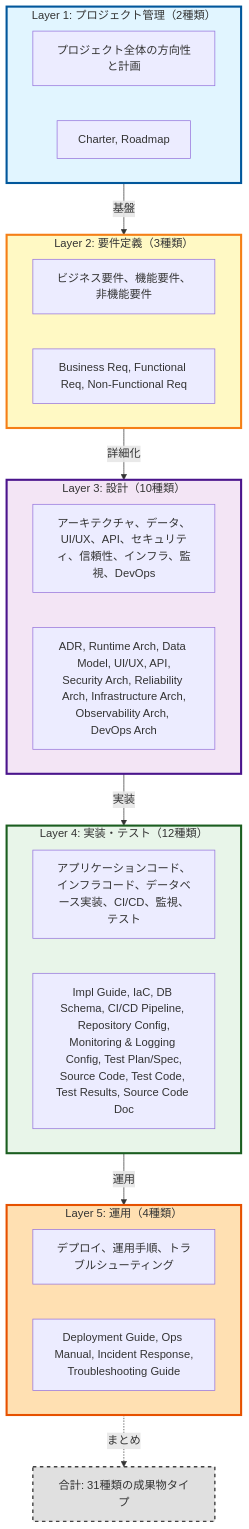
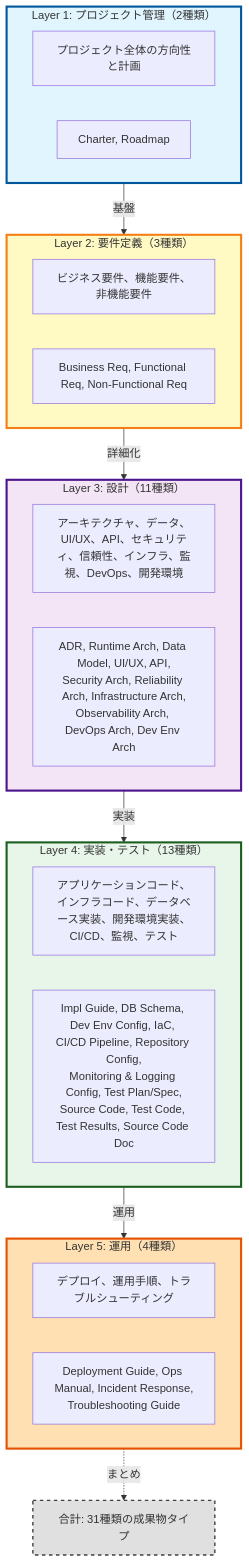
Before and after one commit to mahitotsu/ukiyoue: the first of 2 diagrams in specs/artifact-taxonomy.md, drawn with Mermaid. The commit also changed other lines of this file, not shown here.

First line of the commit message:
feat: Add Development Environment artifacts (Architecture & Configuration)

````diff
--- a/specs/artifact-taxonomy.md
+++ b/specs/artifact-taxonomy.md
@@ -34,50 +35,50 @@
 ```mermaid
 graph TD
     subgraph Layer1["Layer 1: プロジェクト管理（2種類）"]
         L1_desc["プロジェクト全体の方向性と計画"]
         L1_docs["Charter, Roadmap"]
     end
 
     subgraph Layer2["Layer 2: 要件定義（3種類）"]
         L2_desc["ビジネス要件、機能要件、非機能要件"]
         L2_docs["Business Req, Functional Req, Non-Functional Req"]
     end
 
-    subgraph Layer3["Layer 3: 設計（10種類）"]
-        L3_desc["アーキテクチャ、データ、UI/UX、API、セキュリティ、信頼性、インフラ、監視、DevOps"]
-        L3_docs["ADR, Runtime Arch, Data Model, UI/UX, API,<br/>Security Arch, Reliability Arch, Infrastructure Arch,<br/>Observability Arch, DevOps Arch"]
+    subgraph Layer3["Layer 3: 設計（11種類）"]
+        L3_desc["アーキテクチャ、データ、UI/UX、API、セキュリティ、信頼性、インフラ、監視、DevOps、開発環境"]
+        L3_docs["ADR, Runtime Arch, Data Model, UI/UX, API,<br/>Security Arch, Reliability Arch, Infrastructure Arch,<br/>Observability Arch, DevOps Arch, Dev Env Arch"]
     end
 
-    subgraph Layer4["Layer 4: 実装・テスト（12種類）"]
-        L4_desc["アプリケーションコード、インフラコード、データベース実装、CI/CD、監視、テスト"]
-        L4_docs["Impl Guide, IaC, DB Schema, CI/CD Pipeline, Repository Config,<br/>Monitoring & Logging Config, Test Plan/Spec,<br/>Source Code, Test Code, Test Results, Source Code Doc"]
+    subgraph Layer4["Layer 4: 実装・テスト（13種類）"]
+        L4_desc["アプリケーションコード、インフラコード、データベース実装、開発環境実装、CI/CD、監視、テスト"]
+        L4_docs["Impl Guide, DB Schema, Dev Env Config, IaC, CI/CD Pipeline, Repository Config,<br/>Monitoring & Logging Config, Test Plan/Spec,<br/>Source Code, Test Code, Test Results, Source Code Doc"]
     end
 
     subgraph Layer5["Layer 5: 運用（4種類）"]
         L5_desc["デプロイ、運用手順、トラブルシューティング"]
         L5_docs["Deployment Guide, Ops Manual, Incident Response,<br/>Troubleshooting Guide"]
     end
 
     Layer1 -->|"基盤"| Layer2
     Layer2 -->|"詳細化"| Layer3
     Layer3 -->|"実装"| Layer4
     Layer4 -->|"運用"| Layer5
 
     Total["合計: 31種類の成果物タイプ"]
 
     Layer5 -.->|"まとめ"| Total
 
     classDef layer1Style fill:#e1f5ff,stroke:#01579b,stroke-width:3px
     classDef layer2Style fill:#fff9c4,stroke:#f57f17,stroke-width:3px
     classDef layer3Style fill:#f3e5f5,stroke:#4a148c,stroke-width:3px
     classDef layer4Style fill:#e8f5e9,stroke:#1b5e20,stroke-width:3px
     classDef layer5Style fill:#ffe0b2,stroke:#e65100,stroke-width:3px
     classDef totalStyle fill:#e0e0e0,stroke:#424242,stroke-width:2px,stroke-dasharray: 5 5
 
     class Layer1 layer1Style
     class Layer2 layer2Style
     class Layer3 layer3Style
     class Layer4 layer4Style
     class Layer5 layer5Style
     class Total totalStyle
 ```
````
